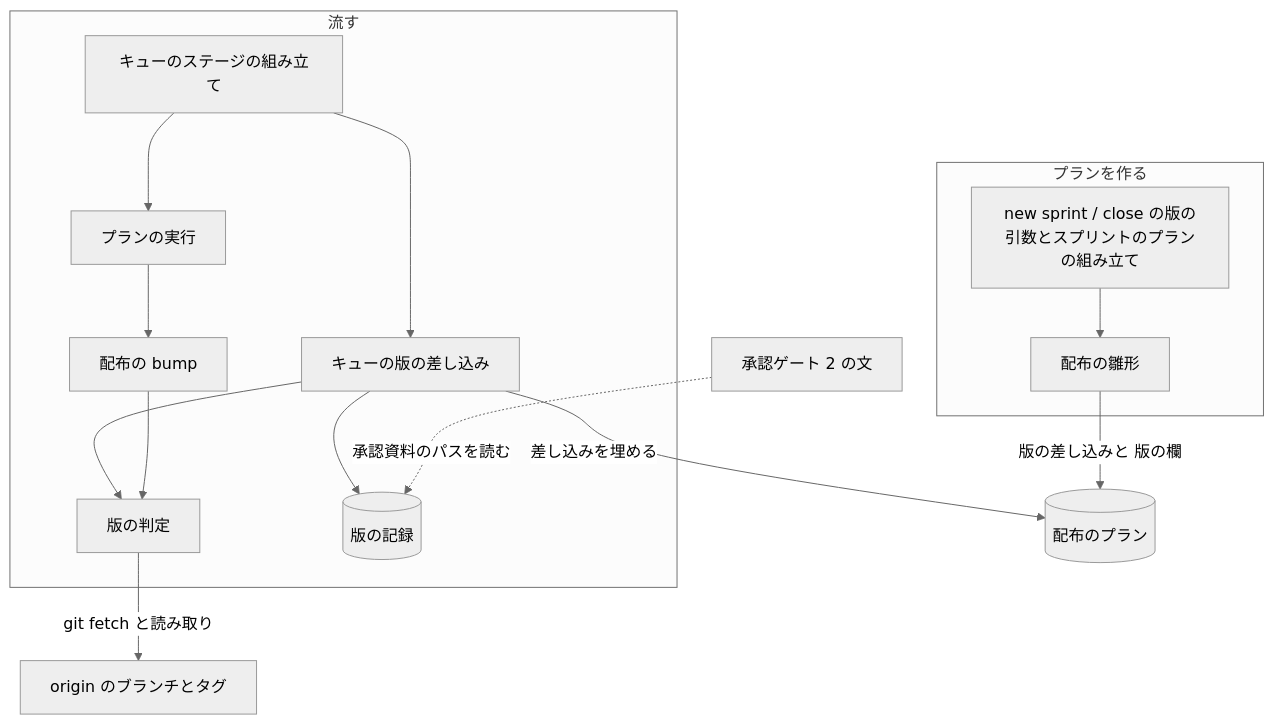
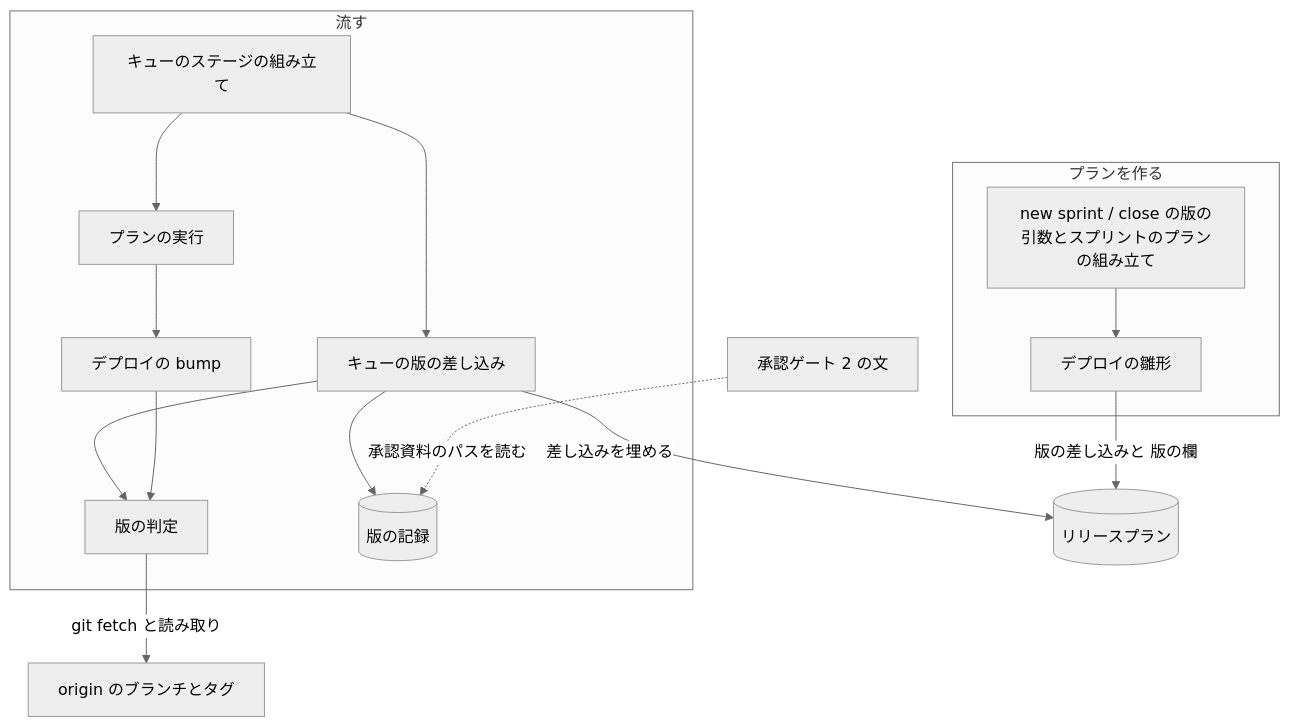
Before and after one commit to devbasex/ai-plugins: the first of 2 diagrams in docs/specifications/ndf-release-version-at-run-time.md, drawn with Mermaid (neutral theme). The commit also changed other lines of this file and 79 other files, not shown here.

````diff
--- a/docs/specifications/ndf-release-version-at-run-time.md
+++ b/docs/specifications/ndf-release-version-at-run-time.md
@@ -51,18 +51,18 @@
 ```mermaid
 graph TD
     subgraph プランを作る
-        NEW[new sprint / close の版の引数とスプリントのプランの組み立て] --> TPL[配布の雛形]
+        NEW[new sprint / close の版の引数とスプリントのプランの組み立て] --> TPL[デプロイの雛形]
     end
     subgraph 流す
         Q[キューのステージの組み立て] --> FILL[キューの版の差し込み]
         FILL --> JUDGE[版の判定]
         FILL --> REC[(版の記録)]
         Q --> ENG[プランの実行]
-        ENG --> BUMP[配布の bump]
+        ENG --> BUMP[デプロイの bump]
         BUMP --> JUDGE
     end
-    TPL -->|版の差し込みと 版の欄| PLAN[(配布のプラン)]
+    TPL -->|版の差し込みと 版の欄| PLAN[(リリースプラン)]
     FILL -->|差し込みを埋める| PLAN
     JUDGE -->|git fetch と読み取り| ORIGIN[origin のブランチとタグ]
     GATE[承認ゲート 2 の文] -.->|承認資料のパスを読む| REC
 ```
````
